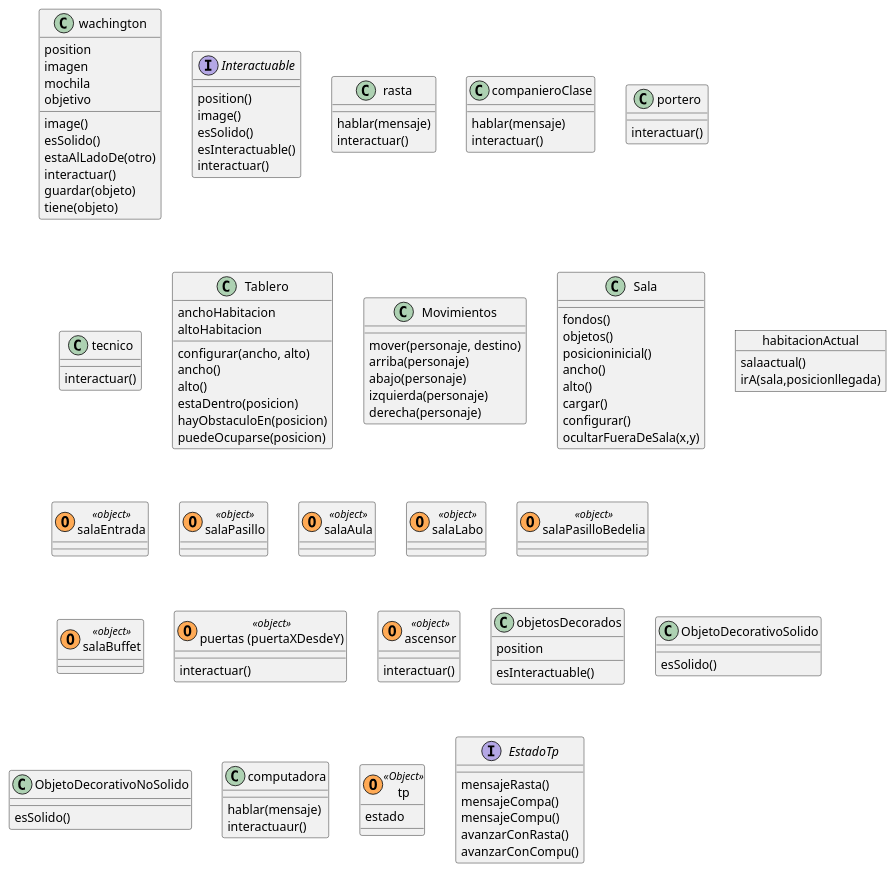
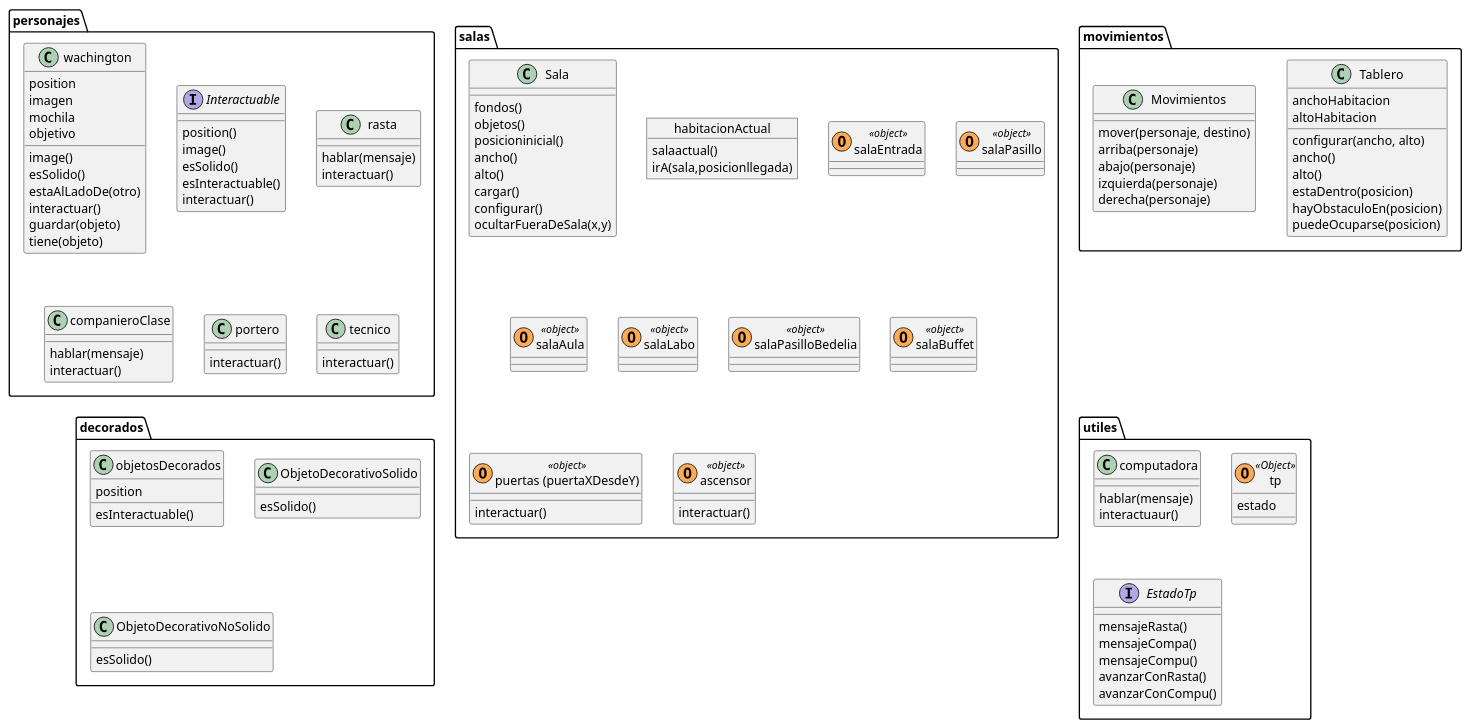
One commit to pdep-mit/tp-wg-2026-poder-Los_pollos_hermanos changed the diagram in Diagrama/diagrama.puml. Above: the diagram before and after it, drawn with PlantUML.

Commit message:
diagrama - arme los packages :)

```diff
--- a/Diagrama/diagrama.puml
+++ b/Diagrama/diagrama.puml
@@ -1,122 +1,136 @@
 @startuml Juego
 
-' Personajes ' 
+
+ 
+package personajes {
   class wachington  {
     position
     imagen
     mochila
     objetivo
     image()
     esSolido()
     estaAlLadoDe(otro)
     interactuar()
     guardar(objeto)
     tiene(objeto)
   }
 
   interface Interactuable {
     position()
     image()
     esSolido()
     esInteractuable()
     interactuar()
   }
 
   class rasta  {
     hablar(mensaje)
     interactuar()
   }
   class companieroClase {
     hablar(mensaje)
     interactuar()
   }
   class portero {
     interactuar()
   }
   class tecnico  {
     interactuar()
   }
+}
 
 
-' Tablero y Movimientos ' 
+
+package movimientos {
 class Tablero {
   anchoHabitacion
     altoHabitacion
     configurar(ancho, alto)
     ancho()
     alto()
     estaDentro(posicion)
     hayObstaculoEn(posicion)
     puedeOcuparse(posicion)
   }
 class Movimientos {
   mover(personaje, destino)
     arriba(personaje)
     abajo(personaje)
     izquierda(personaje)
     derecha(personaje)
+ }
 }
 
+
+package salas {
 class Sala {
   fondos()
   objetos()
   posicioninicial()
   ancho()
   alto()
   cargar()
   configurar()
   ocultarFueraDeSala(x,y)
 }
 
 Object habitacionActual {
   salaactual()
   irA(sala,posicionllegada)
 }
 
 ' El #FFAA55 le da el color naranja en el diagrama, es solo un detalle ' 
 ' El O para referenciar que es un objeto (explicar en la presentacion)
   class salaEntrada <<(O,#FFAA55) object>> 
   class salaPasillo <<(O,#FFAA55) object>>
   class salaAula <<(O,#FFAA55) object>>
   class salaLabo <<(O,#FFAA55) object>>
   class salaPasilloBedelia <<(O,#FFAA55) object>>
   class salaBuffet <<(O,#FFAA55) object>>
 
 'lo pongo asi para diferenciar de las decorativas ' 
 class "puertas (puertaXDesdeY)" as puertas <<(O,#FFAA55) object>> {
     interactuar()
   }
 class ascensor <<(O,#FFAA55) object>> {
     interactuar()
   }
+}
 
-' Decorados '
+
+package decorados {
  class objetosDecorados {
   position
     esInteractuable()
   }
   class ObjetoDecorativoSolido {
     esSolido()
   }
   class ObjetoDecorativoNoSolido {
     esSolido()
   }
+}
 
-' obejetos utiles  '
+
+
+package utiles {
 class computadora {
   hablar(mensaje)
   interactuaur()
 }
 
 class tp <<(O,#FFAA55) Object>> {
   estado
 }
 
 interface EstadoTp {
     mensajeRasta()
     mensajeCompa()
     mensajeCompu()
     avanzarConRasta()
     avanzarConCompu()
   }
+}
+
 @enduml
```
